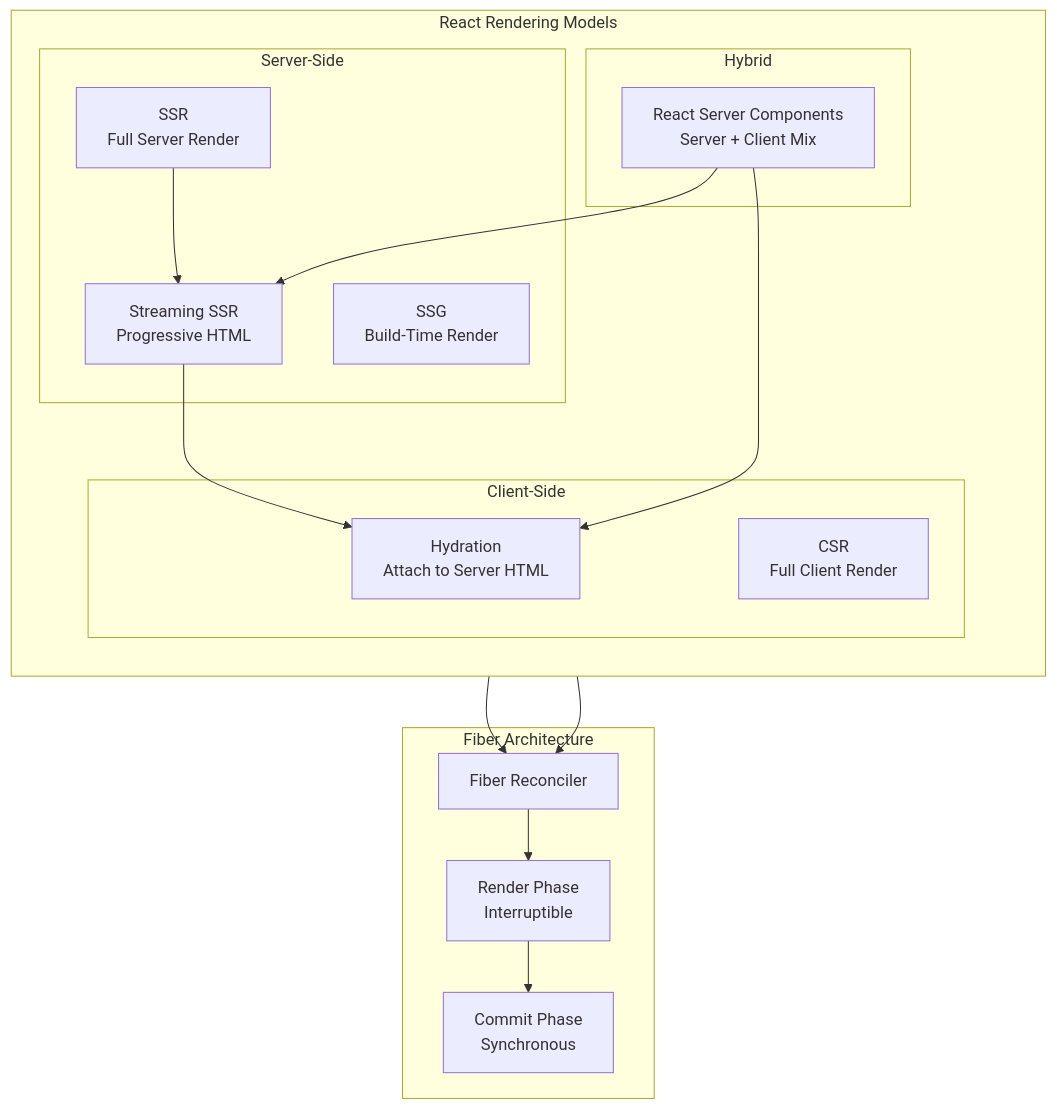
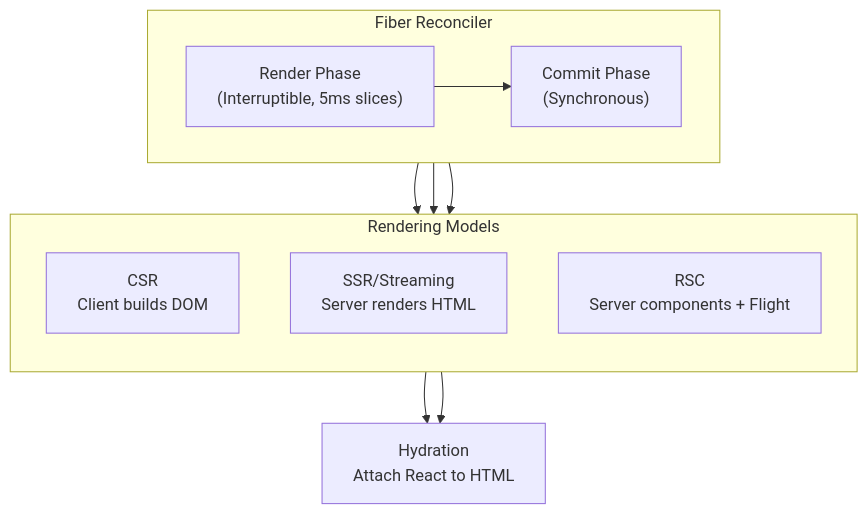
One commit to sujeet-pro/legacy-personal-site changed the first of 2 diagrams in v4/content/articles/frontend-engineering/react-architecture/react-rendering-architecture/README.md. Above: the diagram before and after it, drawn with Mermaid. The commit also changed other lines of this file and 115 other files, not shown here.

````diff
--- a/v4/content/articles/frontend-engineering/react-architecture/react-rendering-architecture/README.md
+++ b/v4/content/articles/frontend-engineering/react-architecture/react-rendering-architecture/README.md
@@ -5,36 +7,23 @@
 ```mermaid
 flowchart TB
-    subgraph "React Rendering Models"
-        direction TB
-        subgraph "Client-Side"
-            CSR[CSR<br/>Full Client Render]
-            Hydration[Hydration<br/>Attach to Server HTML]
-        end
-
-        subgraph "Server-Side"
-            SSR[SSR<br/>Full Server Render]
-            Streaming[Streaming SSR<br/>Progressive HTML]
-            SSG[SSG<br/>Build-Time Render]
-        end
-
-        subgraph "Hybrid"
-            RSC[React Server Components<br/>Server + Client Mix]
-        end
+    subgraph Fiber["Fiber Reconciler"]
+        direction LR
+        Render["Render Phase<br/>(Interruptible, 5ms slices)"]
+        Commit["Commit Phase<br/>(Synchronous)"]
+        Render --> Commit
     end
 
-    subgraph "Fiber Architecture"
-        Reconciler[Fiber Reconciler]
-        RenderPhase[Render Phase<br/>Interruptible]
-        CommitPhase[Commit Phase<br/>Synchronous]
-
-        Reconciler --> RenderPhase
-        RenderPhase --> CommitPhase
+    subgraph Execution["Rendering Models"]
+        direction TB
+        CSR["CSR<br/>Client builds DOM"]
+        SSR["SSR/Streaming<br/>Server renders HTML"]
+        RSC["RSC<br/>Server components + Flight"]
     end
 
-    CSR --> Reconciler
-    Hydration --> Reconciler
-    SSR --> Streaming
-    Streaming --> Hydration
-    RSC --> Streaming
+    Fiber --> CSR
+    Fiber --> SSR
+    Fiber --> RSC
+
+    SSR --> Hydration["Hydration<br/>Attach React to HTML"]
     RSC --> Hydration
 ```
````
